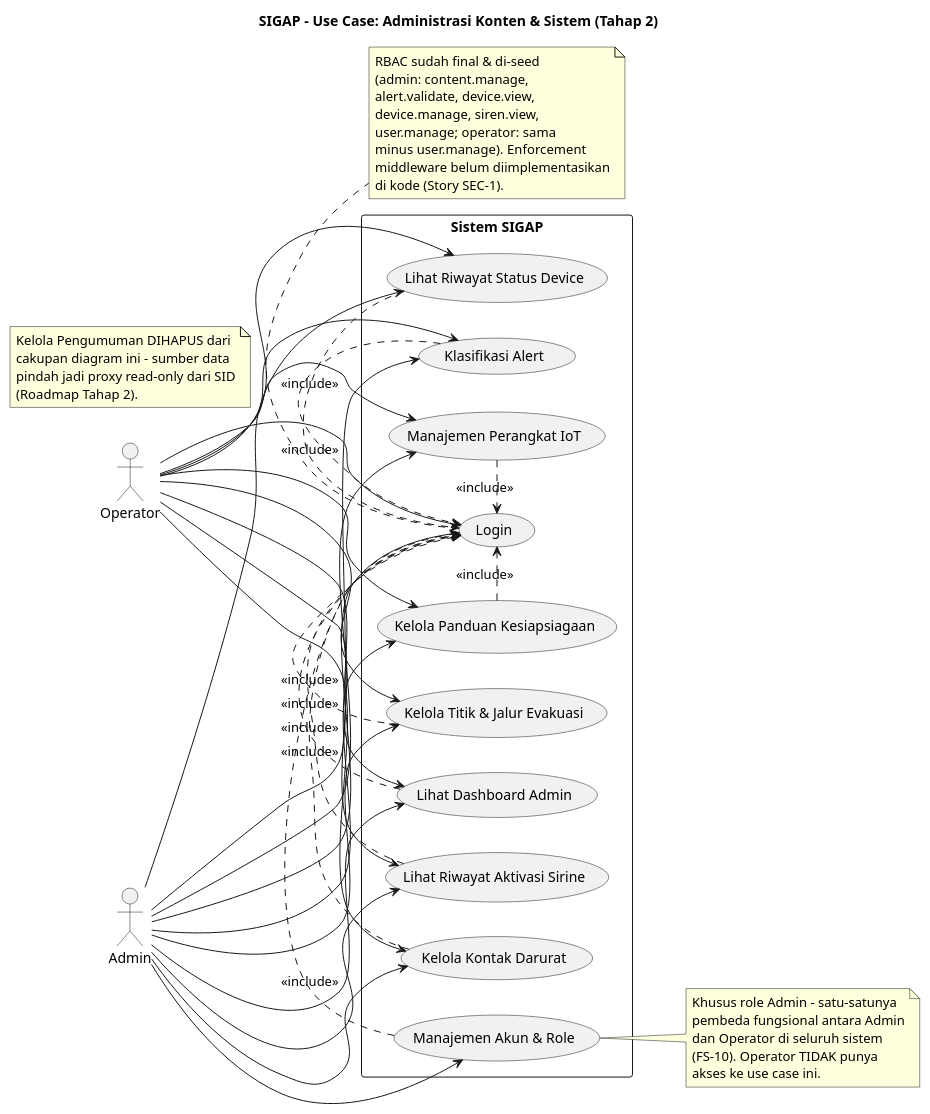
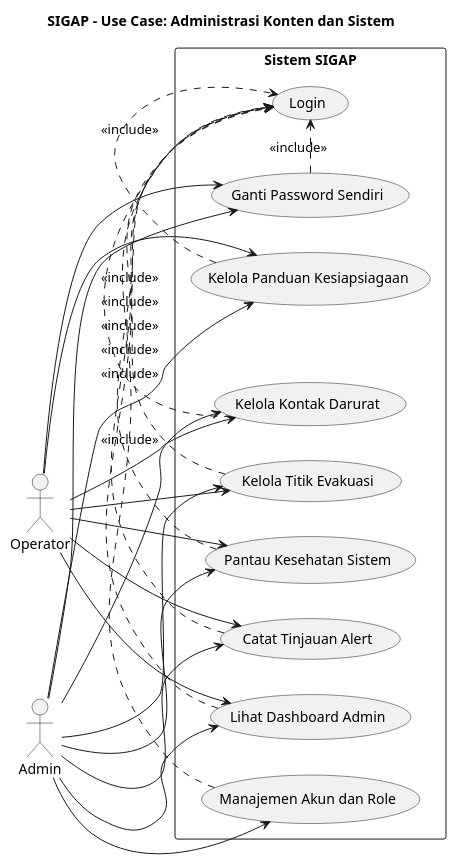
The diagram in docs/business/usecase/uc_admin_dashboard.puml (Vextronode/sigap_app), drawn with PlantUML before and after one commit. The commit also changed 251 other files, not shown here.

First line of the commit message:
SIGAP v1.1.0 - Integrasi SIDUTama, Peta Offline, dan Penguatan Alert (#129)

```diff
--- a/docs/business/usecase/uc_admin_dashboard.puml
+++ b/docs/business/usecase/uc_admin_dashboard.puml
@@ -1,73 +1,46 @@
 @startuml uc_admin_dashboard
 left to right direction
-title SIGAP - Use Case: Administrasi Konten & Sistem (Tahap 2)
+title SIGAP - Use Case: Administrasi Konten dan Sistem
 
 actor "Admin" as Admin
 actor "Operator" as Operator
 
 rectangle "Sistem SIGAP" {
   usecase "Login" as UC0
-  usecase "Kelola Kontak Darurat" as UC6
-  usecase "Kelola Titik & Jalur Evakuasi" as UC7
-  usecase "Kelola Panduan Kesiapsiagaan" as UC7b
-  usecase "Klasifikasi Alert" as UC8b
-  usecase "Manajemen Perangkat IoT" as UC12
-  usecase "Lihat Riwayat Status Device" as UC13
-  usecase "Lihat Riwayat Aktivasi Sirine" as UC14
-  usecase "Manajemen Akun & Role" as UC15
-  usecase "Lihat Dashboard Admin" as UC16
+  usecase "Kelola Kontak Darurat" as UC1
+  usecase "Kelola Titik Evakuasi" as UC2
+  usecase "Kelola Panduan Kesiapsiagaan" as UC3
+  usecase "Catat Tinjauan Alert" as UC4
+  usecase "Lihat Dashboard Admin" as UC5
+  usecase "Pantau Kesehatan Sistem" as UC6
+  usecase "Ganti Password Sendiri" as UC7
+  usecase "Manajemen Akun dan Role" as UC8
 }
 
-Admin --> UC0
-Operator --> UC0
+Admin --> UC1
+Admin --> UC2
+Admin --> UC3
+Admin --> UC4
+Admin --> UC5
+Admin --> UC6
+Admin --> UC7
+Admin --> UC8
 
-Admin --> UC6
+Operator --> UC1
+Operator --> UC2
+Operator --> UC3
+Operator --> UC4
+Operator --> UC5
 Operator --> UC6
-Admin --> UC7
 Operator --> UC7
-Admin --> UC7b
-Operator --> UC7b
-Admin --> UC8b
-Operator --> UC8b
-Admin --> UC12
-Operator --> UC12
-Admin --> UC13
-Operator --> UC13
-Admin --> UC14
-Operator --> UC14
-Admin --> UC16
-Operator --> UC16
 
-Admin --> UC15
-note right of UC15
-  Khusus role Admin - satu-satunya
-  pembeda fungsional antara Admin
-  dan Operator di seluruh sistem
-  (FS-10). Operator TIDAK punya
-  akses ke use case ini.
-end note
-
+UC1 .> UC0 : <<include>>
+UC2 .> UC0 : <<include>>
+UC3 .> UC0 : <<include>>
+UC4 .> UC0 : <<include>>
+UC5 .> UC0 : <<include>>
 UC6 .> UC0 : <<include>>
 UC7 .> UC0 : <<include>>
-UC7b .> UC0 : <<include>>
-UC8b .> UC0 : <<include>>
-UC12 .> UC0 : <<include>>
-UC13 .> UC0 : <<include>>
-UC14 .> UC0 : <<include>>
-UC15 .> UC0 : <<include>>
-UC16 .> UC0 : <<include>>
-
-note bottom of UC0
-  RBAC sudah final & di-seed
-  (admin: content.manage,
-  alert.validate, device.view,
-  device.manage, siren.view,
-  user.manage; operator: sama
-  minus user.manage). Enforcement
-  middleware belum diimplementasikan
-  di kode (Story SEC-1).
-end note
-
-note "Kelola Pengumuman DIHAPUS dari\ncakupan diagram ini - sumber data\npindah jadi proxy read-only dari SID\n(Roadmap Tahap 2)." as N1
+UC8 .> UC0 : <<include>>
 
 @enduml
```
